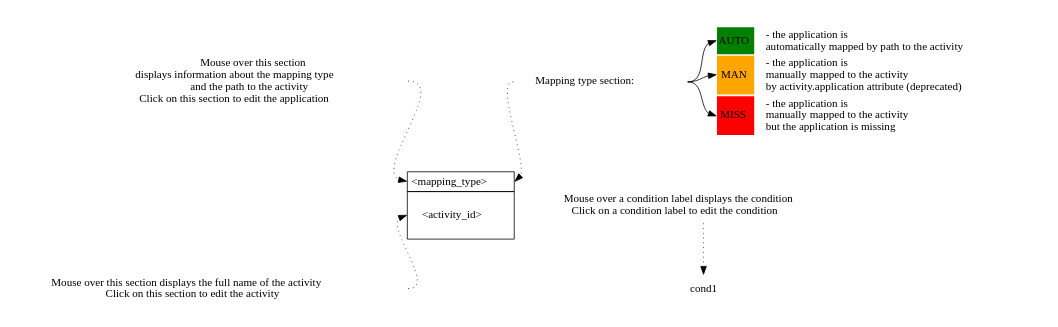
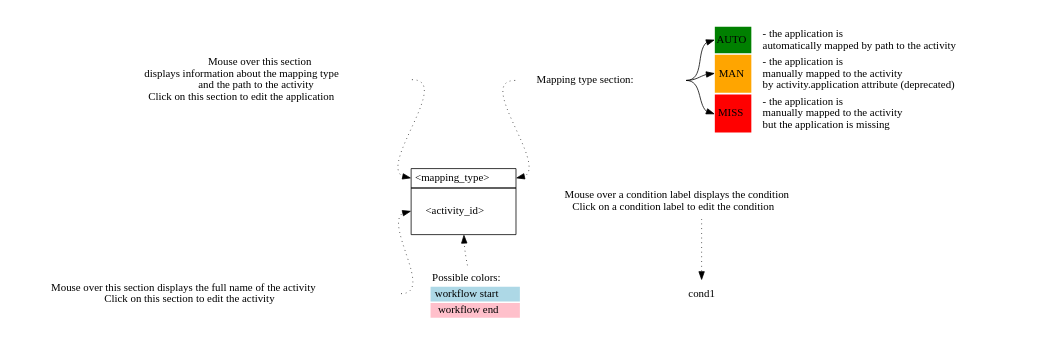
The diagram in Products/Reportek/www/workflow_graph_description.dot (eea/Products.Reportek), drawn with Graphviz before and after one commit.

Commit message:
activity colors description

```diff
--- a/Products/Reportek/www/workflow_graph_description.dot
+++ b/Products/Reportek/www/workflow_graph_description.dot
@@ -1,98 +1,113 @@
 digraph structs {
     size = "10,5"
     rankdir = "TB"
     node [shape=plaintext]
 
     sample_box [label=<
 <TABLE BORDER="0" CELLBORDER="1" CELLSPACING="0" CELLPADDING="4">
   <TR>
     <TD PORT="app">&lt;mapping_type&gt;</TD>
   </TR>
   <TR>
     <TD HEIGHT="60" PORT="activity">&lt;activity_id&gt;</TD>
   </TR>
 </TABLE>>];
 
     tag_actions_desc [label=<
 <TABLE CELLBORDER="0" BORDER="0">
   <TR>
     <TD PORT="desc">
         Mouse over this section<BR/>displays information about the mapping type<BR/>
         and the path to the activity<BR/>
         Click on this section to edit the application
     </TD>
   </TR>
 </TABLE>>];
 
     tag_desc [label=<
 <TABLE CELLBORDER="0" BORDER="0">
   <TR>
     <TD PORT="desc">
         Mapping type section:
     </TD>
   </TR>
 </TABLE>>];
 
   tags [label=<
 <TABLE CELLBORDER="0" BORDER="0">
 <TR>
   <TD BGCOLOR="#008000" PORT="auto">AUTO</TD>
   <TD ALIGN="LEFT" BALIGN="LEFT">
     - the application is<BR/>
     automatically mapped by path to the activity
   </TD>
 </TR>
 <TR>
   <TD BGCOLOR="orange" PORT="man">MAN</TD>
   <TD ALIGN="LEFT" BALIGN="LEFT">
     - the application is<BR/>
     manually mapped to the activity<BR/>
     by activity.application attribute (deprecated)</TD>
 </TR>
 <TR>
   <TD BGCOLOR="red" PORT="miss">MISS</TD>
   <TD ALIGN="LEFT" BALIGN="LEFT">
     - the application is<BR/>
     manually mapped to the activity<BR/>
     but the application is missing</TD>
 </TR>
 </TABLE>>];
 
 
     levels = 3
     pad = 0.2
 
     subgraph { rank=same tag_actions_desc tag_desc tags}
     subgraph { sample_box }
 
     activity_actions_desc [label=<
 <TABLE CELLBORDER="0" BORDER="0">
   <TR>
     <TD PORT="desc">
         Mouse over this section displays the full name of the activity<BR/>
         Click on this section to edit the activity
     </TD>
   </TR>
 </TABLE>>];
 
+    activity_color_desc [label=<
+<TABLE CELLBORDER="0" BORDER="0">
+  <TR>
+    <TD>Possible colors:</TD>
+  </TR>
+  <TR>
+    <TD PORT="desc" BGCOLOR="lightblue">workflow start</TD>
+  </TR>
+  <TR>
+    <TD PORT="desc" BGCOLOR="pink">workflow end</TD>
+  </TR>
+</TABLE>>];
+
+
+    subgraph { rank=max activity_actions_desc activity_color_desc}
+
     condition_actions_desc [label=<
 <TABLE CELLBORDER="0" BORDER="0">
   <TR>
     <TD PORT="desc">
         Mouse over a condition label displays the condition<BR/>
         Click on a condition label to edit the condition
     </TD>
   </TR>
 </TABLE>>];
 
-    subgraph { rank=max activity_actions_desc }
-
     tag_desc:desc:w -> sample_box:app:e [style=dotted];
     tag_actions_desc:desc:e -> sample_box:app:w [style=dotted];
     tag_desc:desc:e -> tags:auto:w;
     tag_desc:desc:e -> tags:man:w;
     tag_desc:desc:e -> tags:miss:w;
     activity_actions_desc:desc:e -> sample_box:activity:w [style=dotted];
     cond [ label="cond1" ];
     condition_actions_desc -> cond [style=dotted];
+    activity_color_desc -> sample_box:activity [style=dotted];
 }
```
